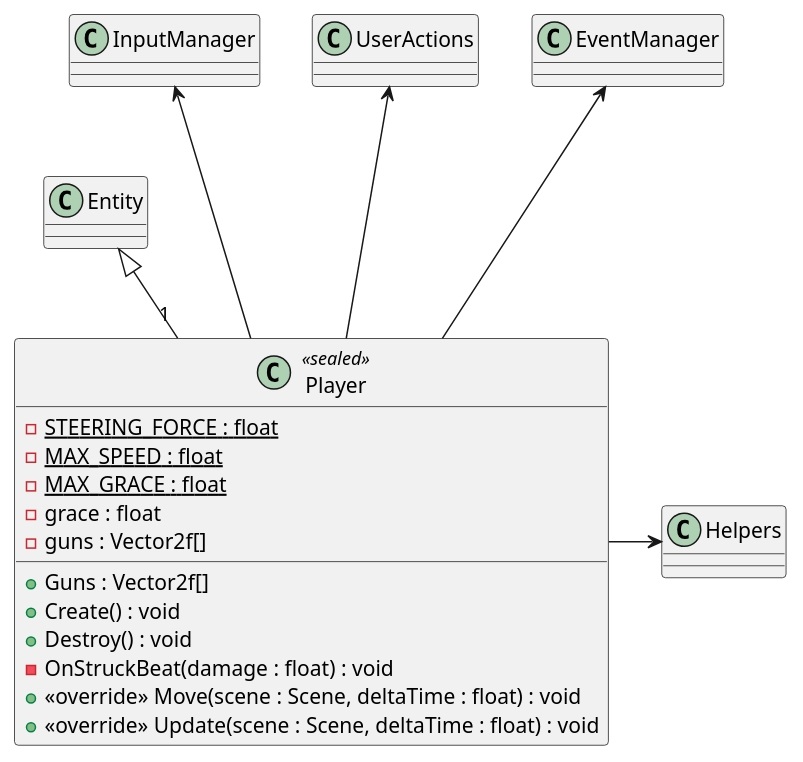
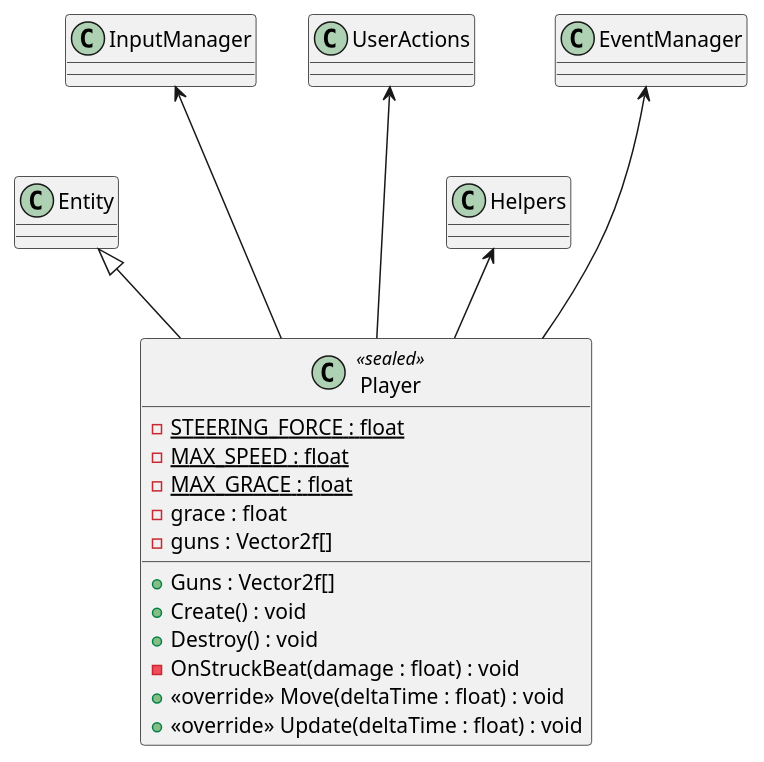
The diagram in plantuml/Player.puml (Ruby1405/PaceInvaders), drawn with PlantUML before and after one commit. The commit also changed 15 other files, not shown here.

Commit message:
updated class diagram

```diff
--- a/plantuml/Player.puml
+++ b/plantuml/Player.puml
@@ -1,20 +1,20 @@
 @startuml
 class Player <<sealed>> {
     - {static} STEERING_FORCE : float
     - {static} MAX_SPEED : float
     - {static} MAX_GRACE : float
     - grace : float
     - guns : Vector2f[]
     + {method} Guns : Vector2f[]
     + Create() : void
     + Destroy() : void
     - OnStruckBeat(damage : float) : void
-    + <<override>> Move(scene : Scene, deltaTime : float) : void
-    + <<override>> Update(scene : Scene, deltaTime : float) : void
+    + <<override>> Move(deltaTime : float) : void
+    + <<override>> Update(deltaTime : float) : void
 }
-Entity <|-- "1" Player
+Entity <|-- Player
 InputManager <--- Player
 UserActions <--- Player
-Player -> Helpers
+Helpers <-- Player
 EventManager <--- Player
 @enduml
```
